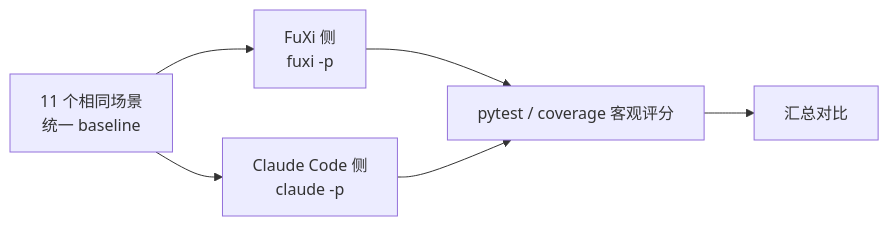
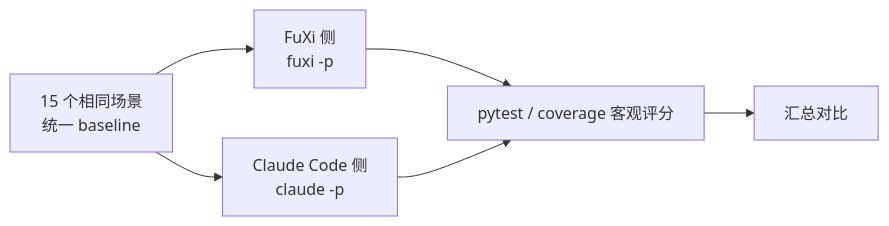
The third of 3 diagrams in benchmark/REPORT.zh-CN.md (fuxicodex/Fuxi), drawn with Mermaid before and after one commit. The commit also changed other lines of this file and 36 other files, not shown here.

````diff
--- a/benchmark/REPORT.zh-CN.md
+++ b/benchmark/REPORT.zh-CN.md
@@ -147,8 +161,8 @@
 ```mermaid
 flowchart LR
-    A[11 个相同场景<br/>统一 baseline] --> B[FuXi 侧<br/>fuxi -p]
+    A[15 个相同场景<br/>统一 baseline] --> B[FuXi 侧<br/>fuxi -p]
     A --> C[Claude Code 侧<br/>claude -p]
     B --> D[pytest / coverage 客观评分]
     C --> D
     D --> E[汇总对比]
 ```
````
